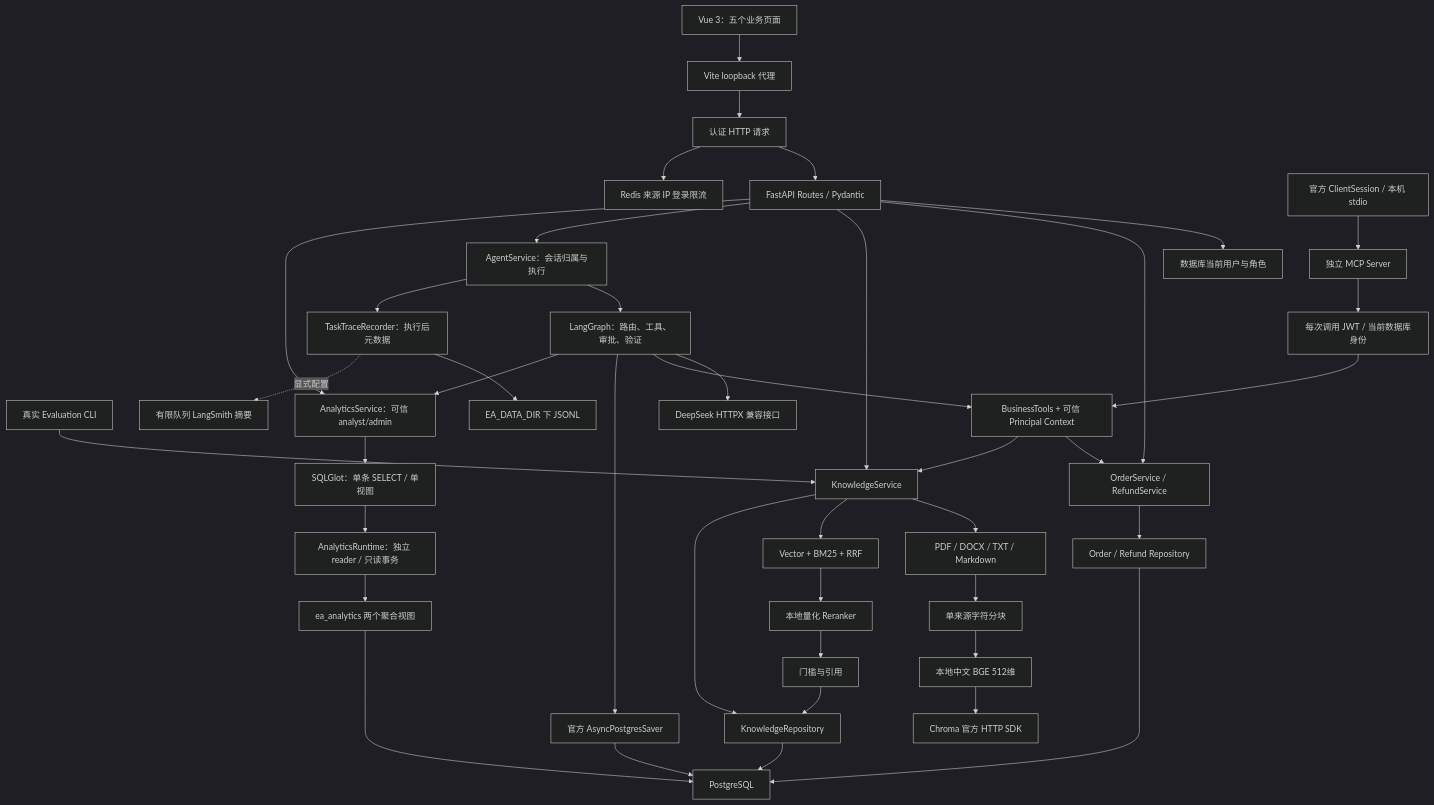
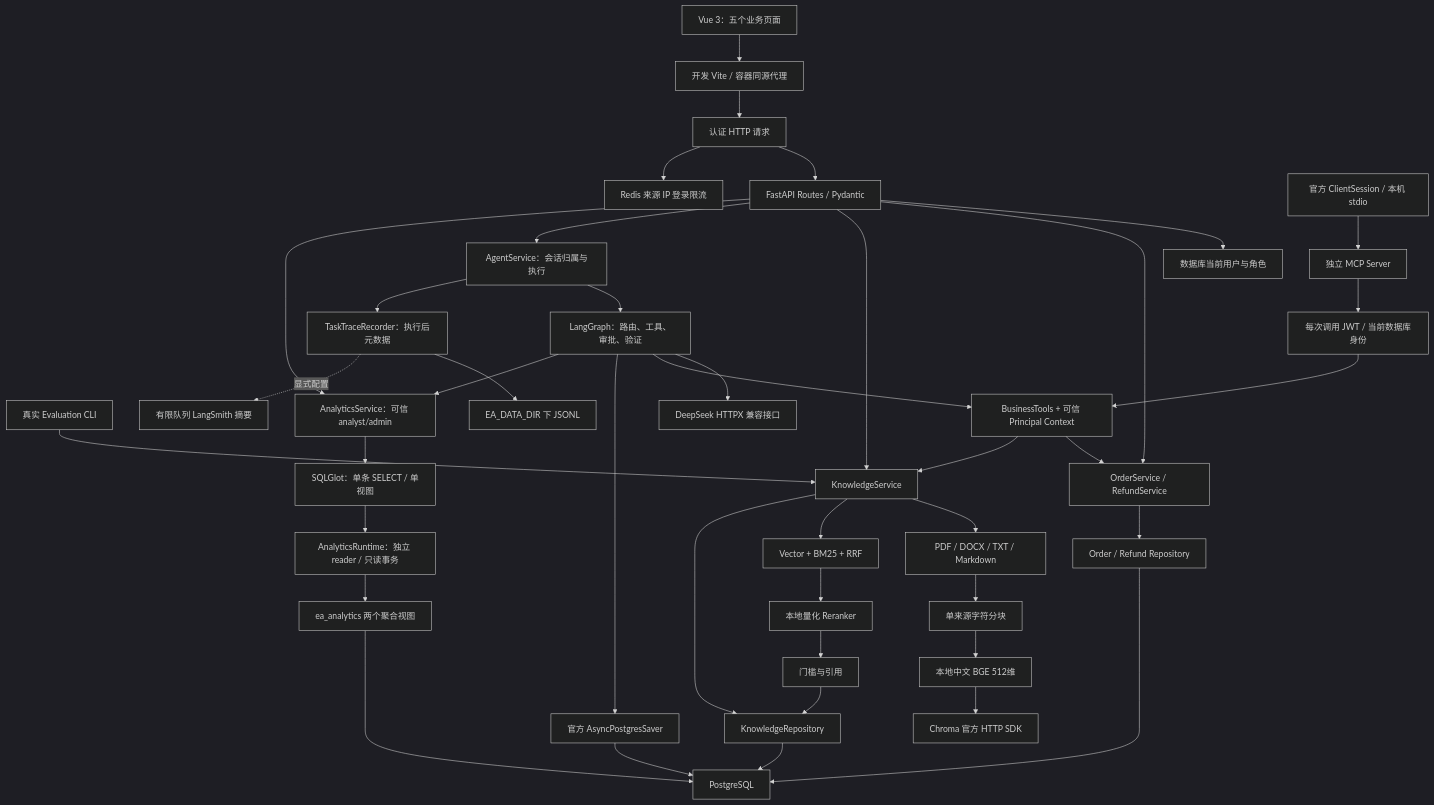
Before and after one commit to zjhwwwl/EnterpriseAgent: the first of 2 diagrams in docs/architecture.md, drawn with Mermaid (dark theme). The commit also changed other lines of this file and 100 other files, not shown here.

````diff
--- a/docs/architecture.md
+++ b/docs/architecture.md
@@ -9,44 +9,44 @@
 ```mermaid
 flowchart TD
-    WEB["Vue 3：五个业务页面"] --> PROXY["Vite loopback 代理"]
+    WEB["Vue 3：五个业务页面"] --> PROXY["开发 Vite / 容器同源代理"]
     PROXY --> HTTP
     HTTP["认证 HTTP 请求"] --> API["FastAPI Routes / Pydantic"]
     API --> AUTH["数据库当前用户与角色"]
     API --> ORDER["OrderService / RefundService"]
     ORDER --> REPO["Order / Refund Repository"]
     REPO --> DB["PostgreSQL"]
 
     API --> KNOW["KnowledgeService"]
     KNOW --> PARSE["PDF / DOCX / TXT / Markdown"]
     PARSE --> CHUNKS["单来源字符分块"]
     CHUNKS --> EMBED["本地中文 BGE 512维"]
     EMBED --> STORE["Chroma 官方 HTTP SDK"]
     KNOW --> RANK["Vector + BM25 + RRF"]
     RANK --> CROSS["本地量化 Reranker"]
     CROSS --> CITE["门槛与引用"]
     KNOW --> KREPO["KnowledgeRepository"]
     KREPO --> DB
     CITE --> KREPO
     HTTP --> REDIS["Redis 来源 IP 登录限流"]
     EVAL["真实 Evaluation CLI"] --> KNOW
     API --> AGENT["AgentService：会话归属与执行"]
     AGENT --> GRAPH["LangGraph：路由、工具、审批、验证"]
     GRAPH --> LLM["DeepSeek HTTPX 兼容接口"]
     GRAPH --> TOOLS["BusinessTools + 可信 Principal Context"]
     TOOLS --> ORDER
     TOOLS --> KNOW
     GRAPH --> CHECKPOINT["官方 AsyncPostgresSaver"]
     CHECKPOINT --> DB
     AGENT --> TRACE["TaskTraceRecorder：执行后元数据"]
     TRACE --> JSONL["EA_DATA_DIR 下 JSONL"]
     TRACE -. "显式配置" .-> SMITH["有限队列 LangSmith 摘要"]
     API --> ANALYTICS["AnalyticsService：可信 analyst/admin"]
     GRAPH --> ANALYTICS
     ANALYTICS --> AST["SQLGlot：单条 SELECT / 单视图"]
     AST --> READONLY["AnalyticsRuntime：独立 reader / 只读事务"]
     READONLY --> VIEWS["ea_analytics 两个聚合视图"]
     VIEWS --> DB
     MCPCLIENT["官方 ClientSession / 本机 stdio"] --> MCP["独立 MCP Server"]
     MCP --> MAUTH["每次调用 JWT / 当前数据库身份"]
     MAUTH --> TOOLS
 ```
````
